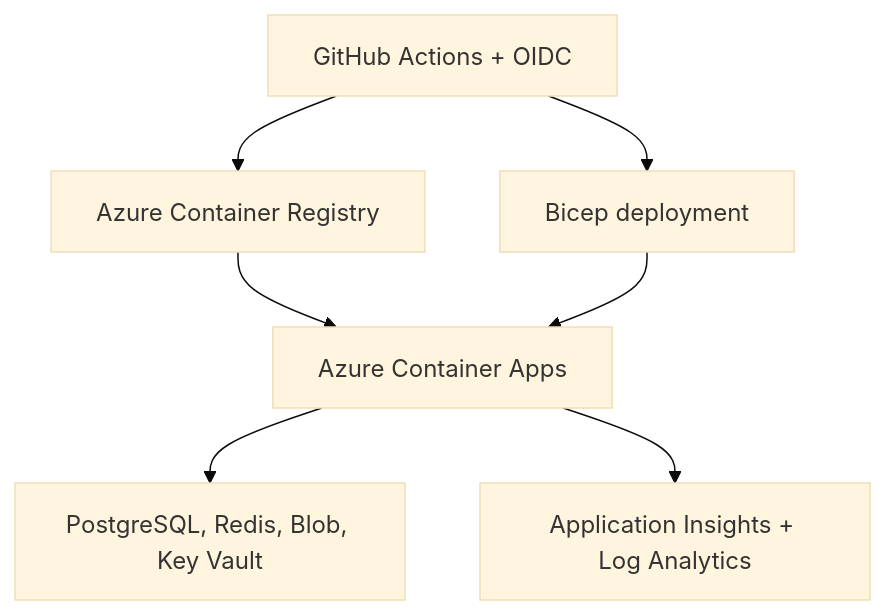
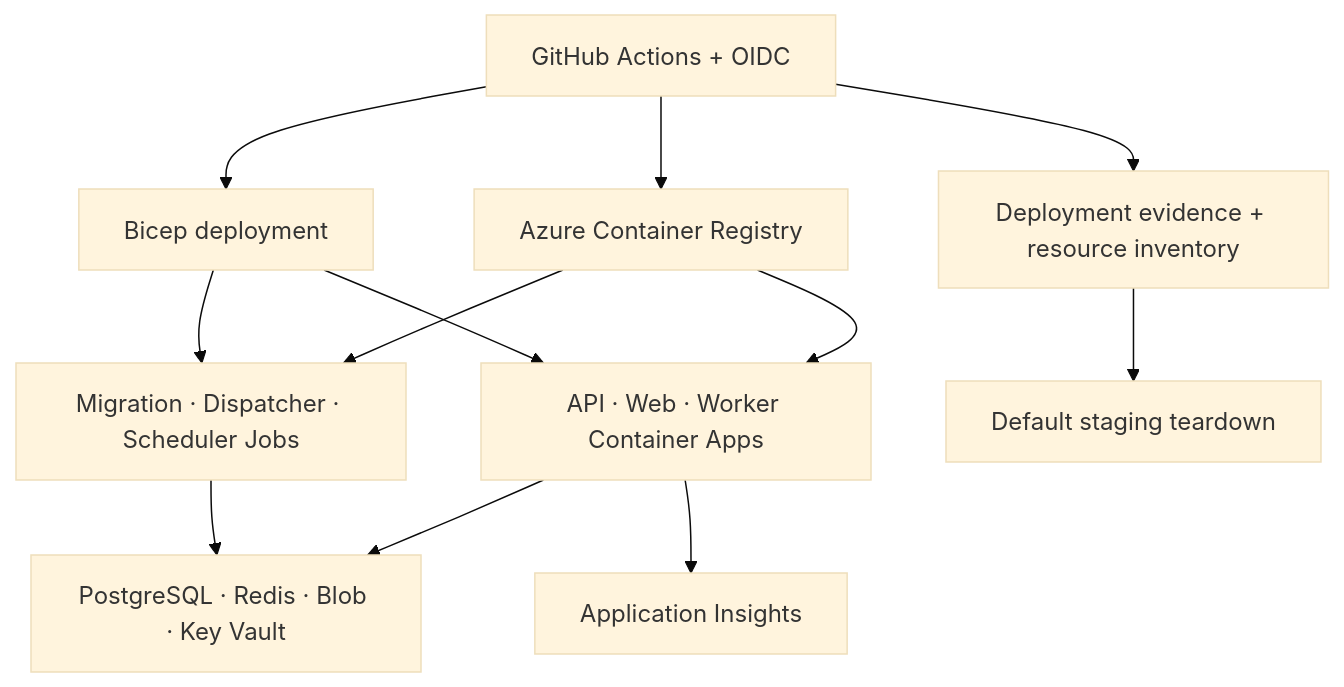
One commit to chintan-02/regimpact-ai changed the third of 3 diagrams in README.md. Above: the diagram before and after it, drawn with Mermaid (base theme). The commit also changed other lines of this file, not shown here.

Commit message:
Align README with ephemeral Azure staging architecture

````diff
--- a/README.md
+++ b/README.md
@@ -83,9 +97,14 @@
 ```mermaid
 flowchart TD
     GH["GitHub Actions + OIDC"] --> ACR["Azure Container Registry"]
     GH --> B["Bicep deployment"]
-    ACR --> CA["Azure Container Apps"]
-    B --> CA
-    CA --> D["PostgreSQL, Redis, Blob, Key Vault"]
-    CA --> O["Application Insights + Log Analytics"]
+    ACR --> APP["API · Web · Worker Container Apps"]
+    ACR --> JOBS["Migration · Dispatcher · Scheduler Jobs"]
+    B --> APP
+    B --> JOBS
+    APP --> D["PostgreSQL · Redis · Blob · Key Vault"]
+    JOBS --> D
+    APP --> O["Application Insights"]
+    GH --> E["Deployment evidence + resource inventory"]
+    E --> T["Default staging teardown"]
 ```
````
